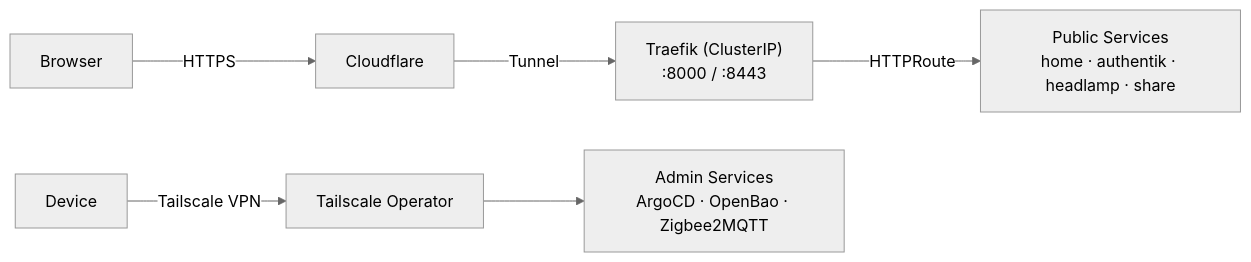
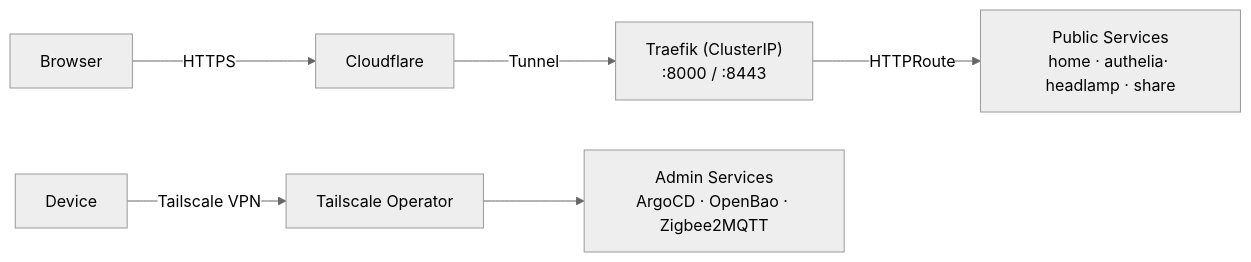
The first of 2 diagrams in README.md (issamsisbane/homelab-gitops), drawn with Mermaid (neutral theme) before and after one commit. The commit also changed other lines of this file and 17 other files, not shown here.

Commit message:
feat (infra): add authelia for lightweight SSO, remove seaweedfs and authentik

````diff
--- a/README.md
+++ b/README.md
@@ -66,9 +65,9 @@
 ```mermaid
 graph LR
     Browser -->|HTTPS| CF[Cloudflare]
     CF -->|Tunnel| Traefik["Traefik (ClusterIP)\n:8000 / :8443"]
-    Traefik -->|HTTPRoute| Public["Public Services\nhome · authentik · headlamp · share"]
+    Traefik -->|HTTPRoute| Public["Public Services\nhome · authelia· headlamp · share"]
 
     Device -->|Tailscale VPN| TSO[Tailscale Operator]
     TSO --> Admin["Admin Services\nArgoCD · OpenBao · Zigbee2MQTT"]
 ```
````
